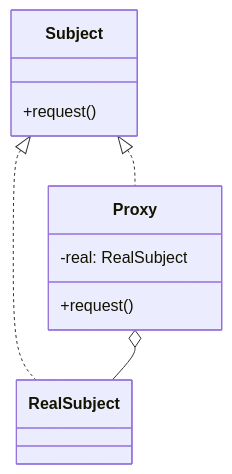
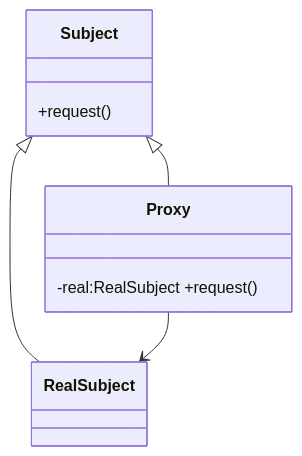
Diagram 12 of 23 in README.md (apdaza/gof-patterns-in-pygame), drawn with Mermaid before and after one commit. The commit also changed other lines of this file, not shown here.

````diff
--- a/README.md
+++ b/README.md
@@ -270,16 +515,9 @@
 ```mermaid
 classDiagram
-    direction TD
-    class Subject {
-      +request()
-    }
-    class RealSubject
-    class Proxy {
-      -real: RealSubject
-      +request()
-    }
-
-    Subject <|.. RealSubject
-    Subject <|.. Proxy
-    Proxy o-- RealSubject
+class Subject{+request()}
+class RealSubject
+class Proxy{-real:RealSubject +request()}
+Subject <|-- RealSubject
+Subject <|-- Proxy
+Proxy --> RealSubject
 ```
````
